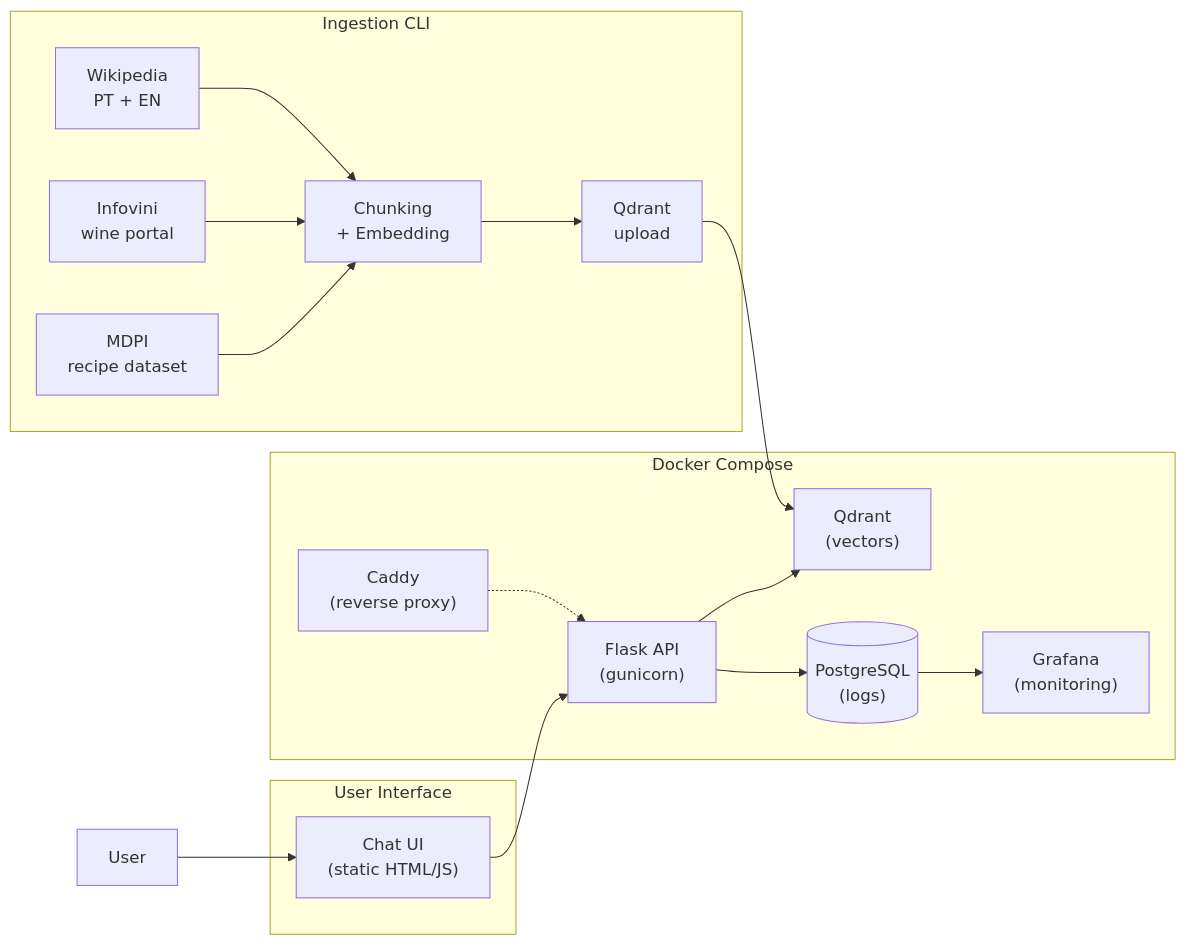
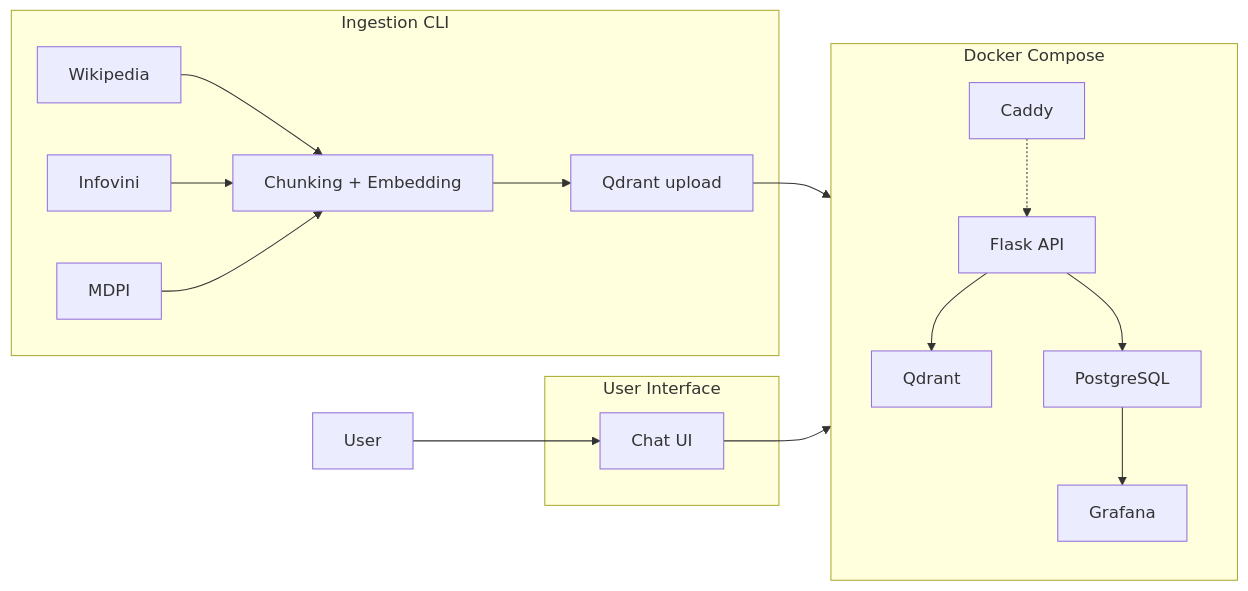
The first of 2 diagrams in README.md (RuiFSP/llmzoomcamp-2026-final-project), drawn with Mermaid before and after one commit. The commit also changed other lines of this file, not shown here.

Commit message:
Fix Mermaid diagram rendering: remove HTML br tags and unicode arrows

````diff
--- a/README.md
+++ b/README.md
@@ -17,36 +17,37 @@
 ```mermaid
 flowchart LR
     subgraph Docker["Docker Compose"]
-        API["Flask API<br/>(gunicorn)"]
-        QD["Qdrant<br/>(vectors)"]
-        PG[("PostgreSQL<br/>(logs)")]
-        GF["Grafana<br/>(monitoring)"]
-        CD["Caddy<br/>(reverse proxy)"]
+        direction TB
+        API["Flask API"]
+        QD["Qdrant"]
+        PG["PostgreSQL"]
+        GF["Grafana"]
+        CD["Caddy"]
 
         API --> QD
         API --> PG
         PG --> GF
         CD -.-> API
     end
 
     subgraph UI["User Interface"]
-        CHAT["Chat UI<br/>(static HTML/JS)"]
+        CHAT["Chat UI"]
     end
 
     subgraph ING["Ingestion CLI"]
-        WP["Wikipedia<br/>PT + EN"]
-        IV["Infovini<br/>wine portal"]
-        MD["MDPI<br/>recipe dataset"]
-        CHUNK["Chunking<br/>+ Embedding"]
-        QD_UPLOAD["Qdrant<br/>upload"]
+        WP["Wikipedia"]
+        IV["Infovini"]
+        MD["MDPI"]
+        CHUNK["Chunking + Embedding"]
+        QD_UPLOAD["Qdrant upload"]
 
         WP --> CHUNK
         IV --> CHUNK
         MD --> CHUNK
         CHUNK --> QD_UPLOAD
         QD_UPLOAD --> QD
     end
 
     CHAT --> API
     USER["User"] --> CHAT
 ```
````
